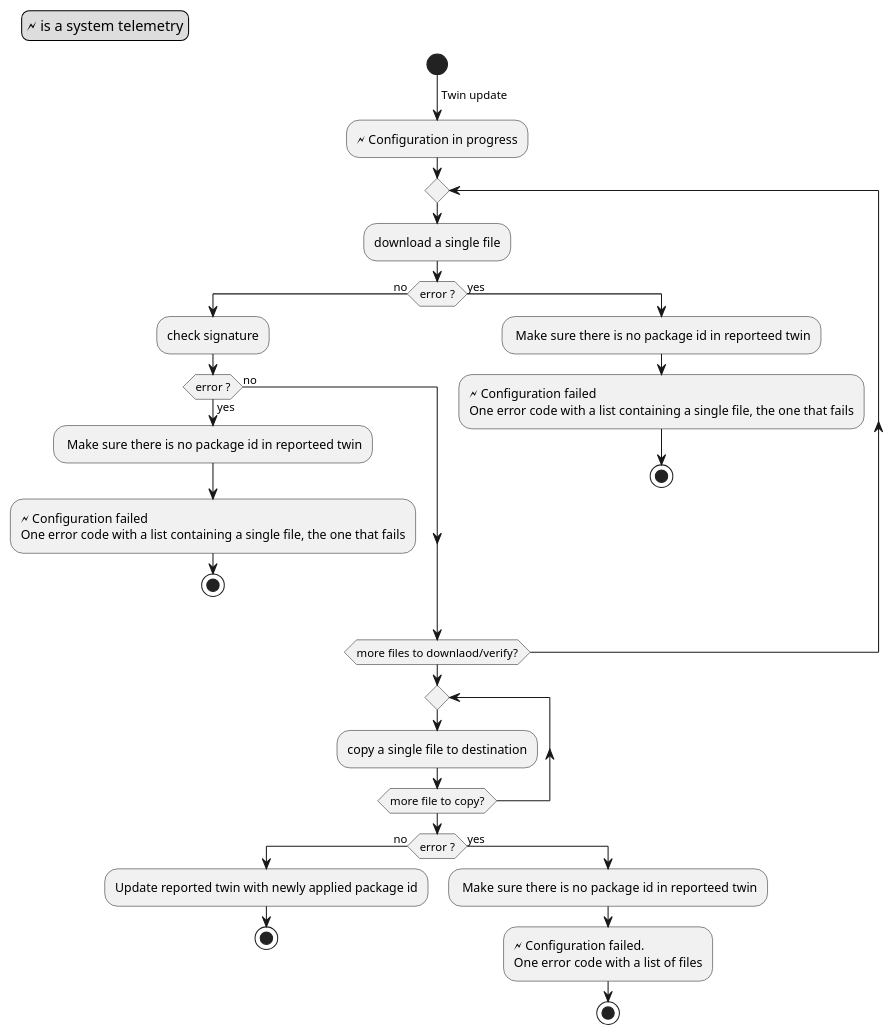
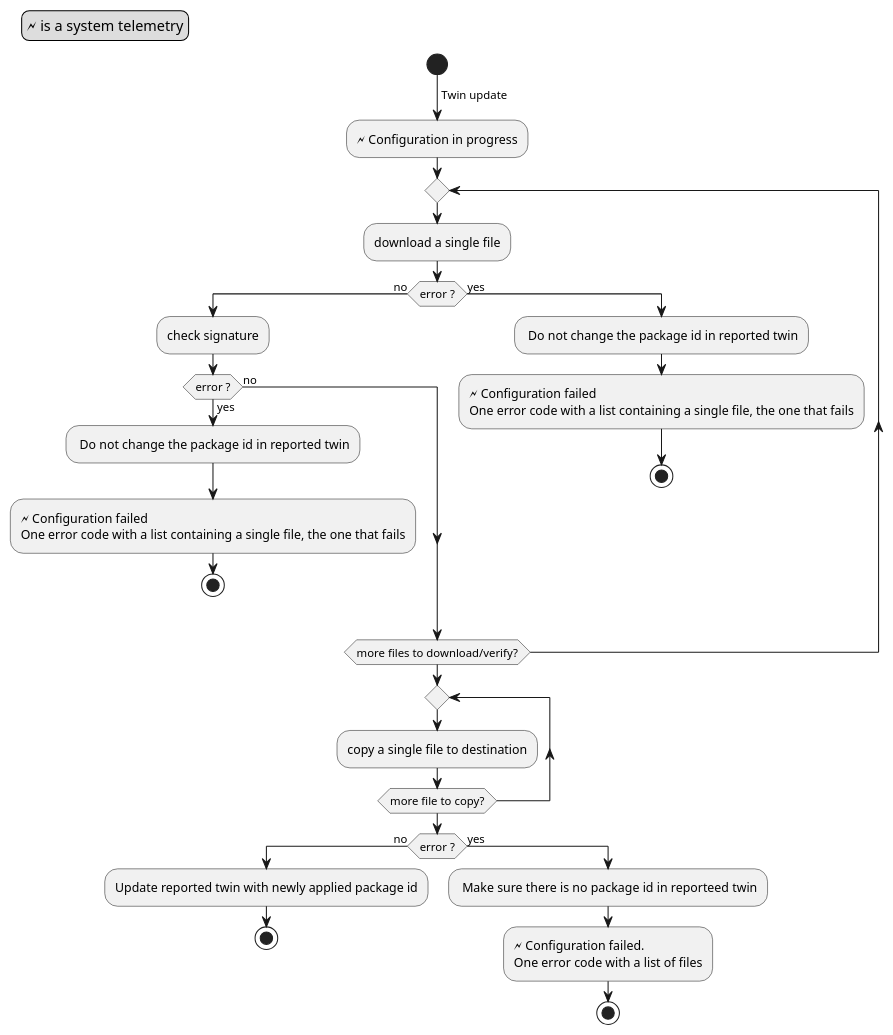
One commit to se-edge/framework-diagrams changed the diagram in config-states-and-events.puml. Above: the diagram before and after it, drawn with PlantUML.

Commit message:
Take Guy comments

```diff
--- a/config-states-and-events.puml
+++ b/config-states-and-events.puml
@@ -1,43 +1,46 @@
 @startuml
 legend top left
   🗲 is a system telemetry
 endlegend
 
 start
 -> Twin update;
 :🗲 Configuration in progress;
 'For each file
 repeat 
 :download a single file;
 if (error ?) then (no)
 :check signature;
   if (error ?) then (no)
 'Signature verification error
   else (yes)
-    : Make sure there is no package id in reporteed twin;
+    : Do not change the package id in reported twin;
     :🗲 Configuration failed
     One error code with a list containing a single file, the one that fails;
     stop
   endif
 'Download error
 else (yes)
-    : Make sure there is no package id in reporteed twin;
+    : Do not change the package id in reported twin;
     :🗲 Configuration failed
     One error code with a list containing a single file, the one that fails;
     stop
 endif
-repeat while (more files to downlaod/verify?)
+repeat while (more files to download/verify?)
 
 repeat
   :copy a single file to destination;
 repeat while (more file to copy?)
 if (error ?) then (no)
   :Update reported twin with newly applied package id;
   stop
+'No space left on device
+'volume does not exist
+'Any copy error in fact
 else (yes)
       : Make sure there is no package id in reporteed twin;
       :🗲 Configuration failed.
       One error code with a list of files;
 stop
 endif
 @enduml
```
